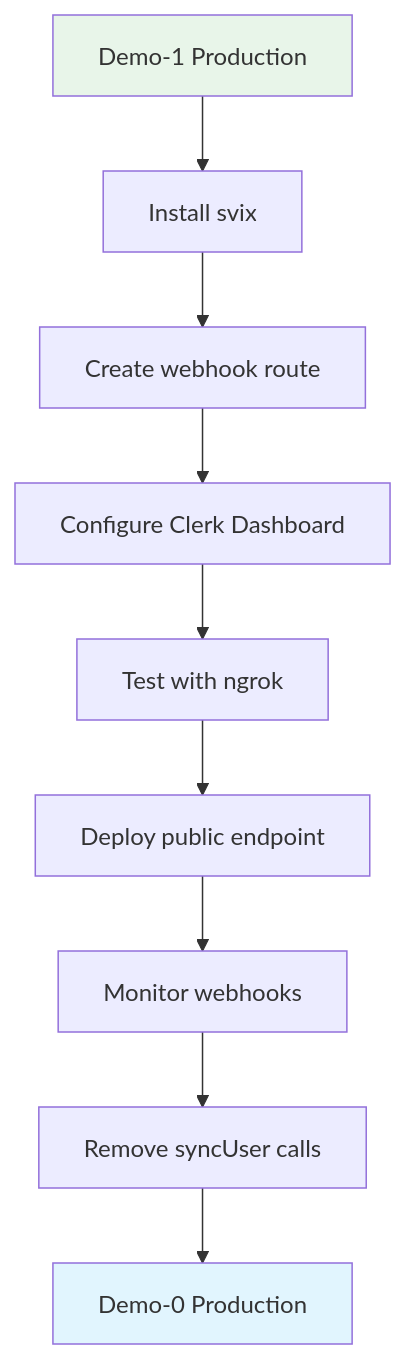
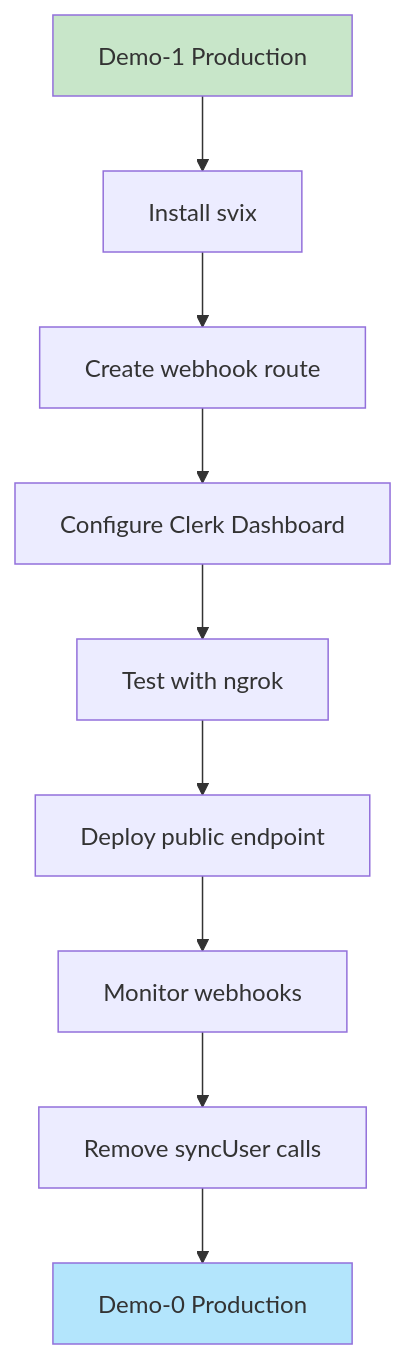
Before and after one commit to inskillflow/auths-1-NEXTJS-introduction: diagram 29 of 39 in 02-DIAGRAMMES_ARCHITECTURES.md, drawn with Mermaid. The commit also changed other lines of this file, not shown here.

````diff
--- a/02-DIAGRAMMES_ARCHITECTURES.md
+++ b/02-DIAGRAMMES_ARCHITECTURES.md
@@ -971,14 +971,14 @@
 ```mermaid
 graph TD
     START[Demo-1 Production] --> STEP1[Install svix]
     STEP1 --> STEP2[Create webhook route]
     STEP2 --> STEP3[Configure Clerk Dashboard]
     STEP3 --> STEP4[Test with ngrok]
     STEP4 --> STEP5[Deploy public endpoint]
     STEP5 --> STEP6[Monitor webhooks]
     STEP6 --> STEP7[Remove syncUser calls]
     STEP7 --> END[Demo-0 Production]
     
-    style START fill:#e8f5e9
-    style END fill:#e1f5fe
+    style START fill:#c8e6c9
+    style END fill:#b3e5fc
 ```
````
